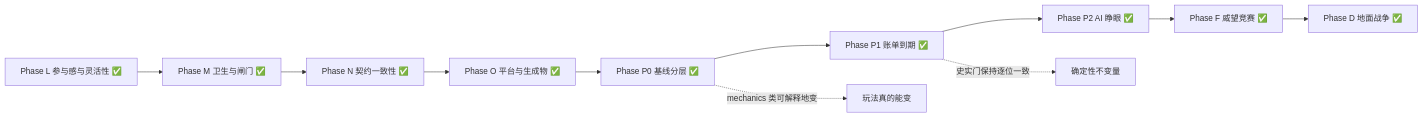
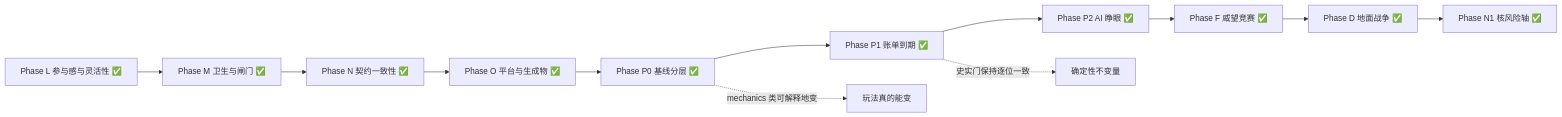
The diagram in docs/ROADMAP.md (reney-0202/a-simple-world-map), drawn with Mermaid before and after one commit. The commit also changed other lines of this file and 17 other files, not shown here.

````diff
--- a/docs/ROADMAP.md
+++ b/docs/ROADMAP.md
@@ -738,13 +831,14 @@
 ```mermaid
 graph LR
   L[Phase L 参与感与灵活性 ✅] --> M[Phase M 卫生与闸门 ✅]
   M --> N[Phase N 契约一致性 ✅]
   N --> O[Phase O 平台与生成物 ✅]
   O --> P0[Phase P0 基线分层 ✅]
   P0 --> P1[Phase P1 账单到期 ✅]
   P1 --> P2[Phase P2 AI 睁眼 ✅]
   P2 --> F[Phase F 威望竞赛 ✅]
   F --> D[Phase D 地面战争 ✅]
+  D --> N1[Phase N1 核风险轴 ✅]
   P1 -.->|史实门保持逐位一致| B1[确定性不变量]
   P0 -.->|mechanics 类可解释地变| B2[玩法真的能变]
 ```
````
